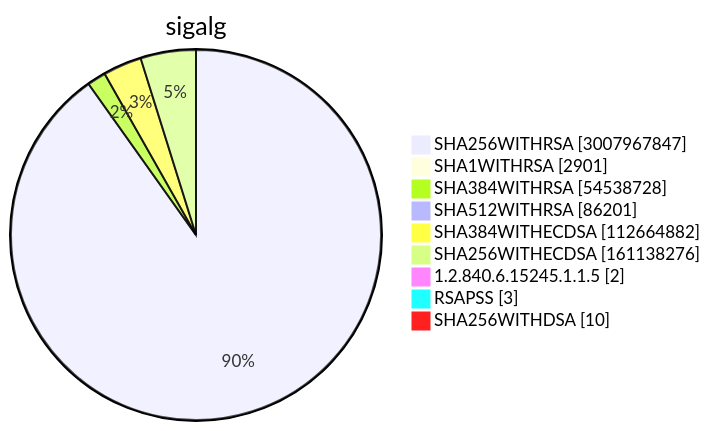
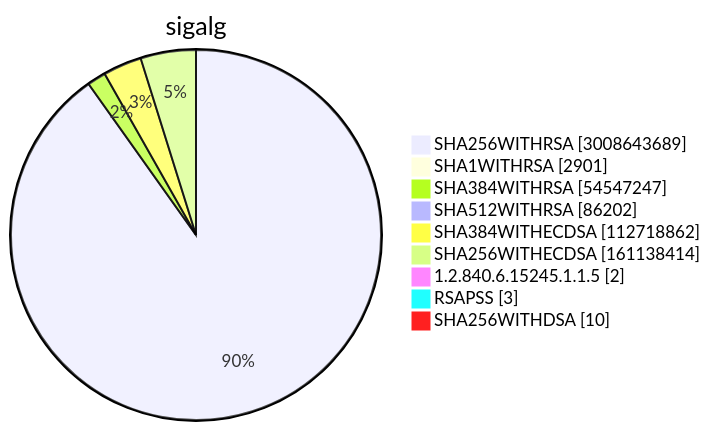
Before and after one commit to christiankrug/ctmonitor_visualization: diagram 15 of 15 in TOTAL/README.md, drawn with Mermaid. The commit also changed other lines of this file, not shown here.

````diff
--- a/TOTAL/README.md
+++ b/TOTAL/README.md
@@ -6208,13 +6208,13 @@
 ```mermaid
 pie showData
 title sigalg
-"SHA256WITHRSA" :3007967847
+"SHA256WITHRSA" :3008643689
 "SHA1WITHRSA" :2901
-"SHA384WITHRSA" :54538728
-"SHA512WITHRSA" :86201
-"SHA384WITHECDSA" :112664882
-"SHA256WITHECDSA" :161138276
+"SHA384WITHRSA" :54547247
+"SHA512WITHRSA" :86202
+"SHA384WITHECDSA" :112718862
+"SHA256WITHECDSA" :161138414
 "1.2.840.6.15245.1.1.5" :2
 "RSAPSS" :3
 "SHA256WITHDSA" :10
 ```
````
